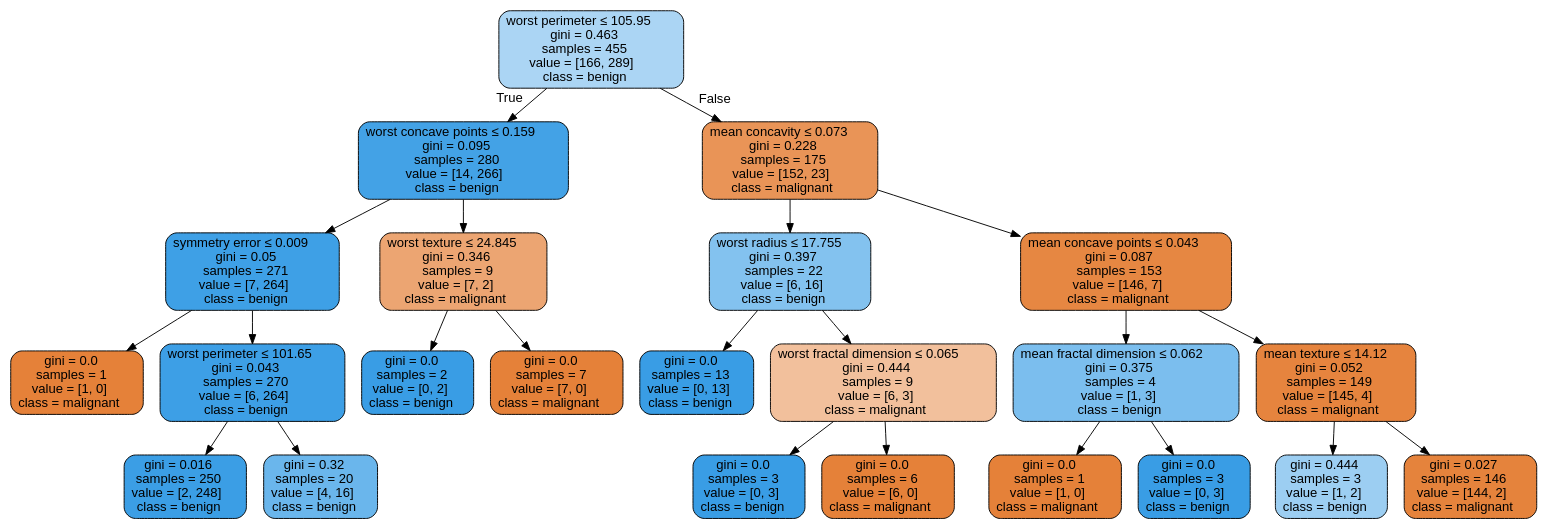
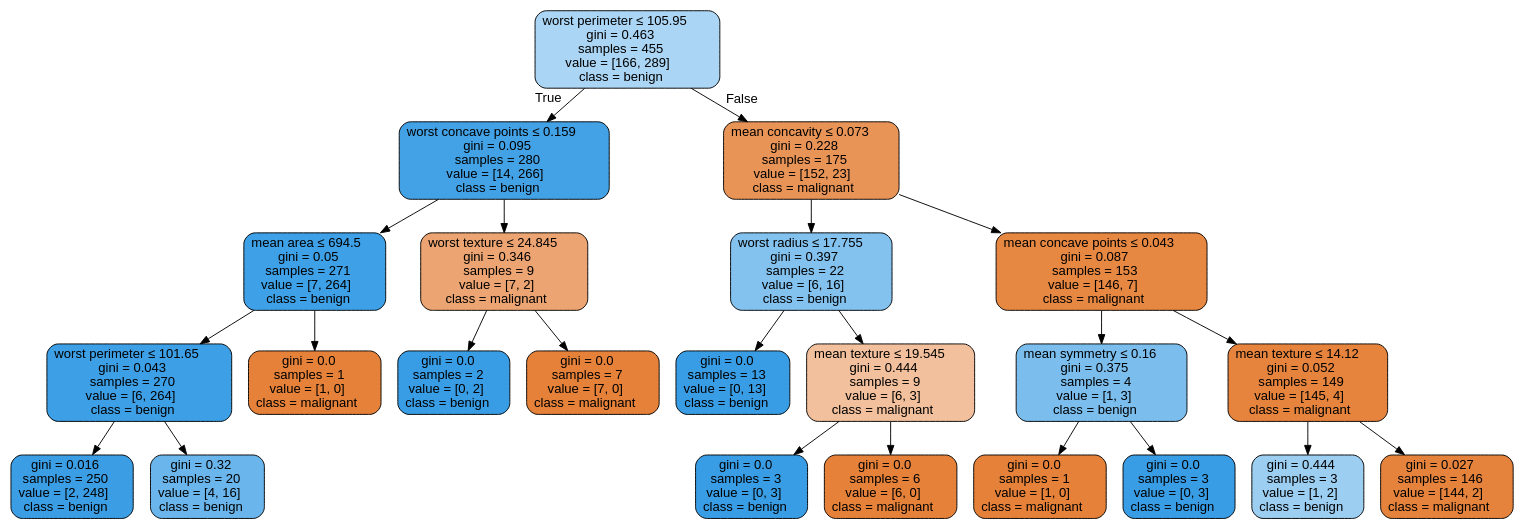
Before and after one commit to kshsky/PycharmProjects: the diagram in machinelearning/xgboost/dataFile/breastCancerTree.dot, drawn with Graphviz. The commit also changed 19 other files, not shown here.

```diff
--- a/machinelearning/xgboost/dataFile/breastCancerTree.dot
+++ b/machinelearning/xgboost/dataFile/breastCancerTree.dot
@@ -1,49 +1,49 @@
 digraph Tree {
 node [shape=box, style="filled, rounded", color="black", fontname=helvetica] ;
 edge [fontname=helvetica] ;
 0 [label=<worst perimeter &le; 105.95<br/>gini = 0.463<br/>samples = 455<br/>value = [166, 289]<br/>class = benign>, fillcolor="#abd5f4"] ;
 1 [label=<worst concave points &le; 0.159<br/>gini = 0.095<br/>samples = 280<br/>value = [14, 266]<br/>class = benign>, fillcolor="#43a2e6"] ;
 0 -> 1 [labeldistance=2.5, labelangle=45, headlabel="True"] ;
-2 [label=<symmetry error &le; 0.009<br/>gini = 0.05<br/>samples = 271<br/>value = [7, 264]<br/>class = benign>, fillcolor="#3ea0e6"] ;
+2 [label=<mean area &le; 694.5<br/>gini = 0.05<br/>samples = 271<br/>value = [7, 264]<br/>class = benign>, fillcolor="#3ea0e6"] ;
 1 -> 2 ;
-3 [label=<gini = 0.0<br/>samples = 1<br/>value = [1, 0]<br/>class = malignant>, fillcolor="#e58139"] ;
+3 [label=<worst perimeter &le; 101.65<br/>gini = 0.043<br/>samples = 270<br/>value = [6, 264]<br/>class = benign>, fillcolor="#3d9fe6"] ;
 2 -> 3 ;
-4 [label=<worst perimeter &le; 101.65<br/>gini = 0.043<br/>samples = 270<br/>value = [6, 264]<br/>class = benign>, fillcolor="#3d9fe6"] ;
-2 -> 4 ;
-5 [label=<gini = 0.016<br/>samples = 250<br/>value = [2, 248]<br/>class = benign>, fillcolor="#3b9ee5"] ;
-4 -> 5 ;
-6 [label=<gini = 0.32<br/>samples = 20<br/>value = [4, 16]<br/>class = benign>, fillcolor="#6ab6ec"] ;
-4 -> 6 ;
+4 [label=<gini = 0.016<br/>samples = 250<br/>value = [2, 248]<br/>class = benign>, fillcolor="#3b9ee5"] ;
+3 -> 4 ;
+5 [label=<gini = 0.32<br/>samples = 20<br/>value = [4, 16]<br/>class = benign>, fillcolor="#6ab6ec"] ;
+3 -> 5 ;
+6 [label=<gini = 0.0<br/>samples = 1<br/>value = [1, 0]<br/>class = malignant>, fillcolor="#e58139"] ;
+2 -> 6 ;
 7 [label=<worst texture &le; 24.845<br/>gini = 0.346<br/>samples = 9<br/>value = [7, 2]<br/>class = malignant>, fillcolor="#eca572"] ;
 1 -> 7 ;
 8 [label=<gini = 0.0<br/>samples = 2<br/>value = [0, 2]<br/>class = benign>, fillcolor="#399de5"] ;
 7 -> 8 ;
 9 [label=<gini = 0.0<br/>samples = 7<br/>value = [7, 0]<br/>class = malignant>, fillcolor="#e58139"] ;
 7 -> 9 ;
 10 [label=<mean concavity &le; 0.073<br/>gini = 0.228<br/>samples = 175<br/>value = [152, 23]<br/>class = malignant>, fillcolor="#e99457"] ;
 0 -> 10 [labeldistance=2.5, labelangle=-45, headlabel="False"] ;
 11 [label=<worst radius &le; 17.755<br/>gini = 0.397<br/>samples = 22<br/>value = [6, 16]<br/>class = benign>, fillcolor="#83c2ef"] ;
 10 -> 11 ;
 12 [label=<gini = 0.0<br/>samples = 13<br/>value = [0, 13]<br/>class = benign>, fillcolor="#399de5"] ;
 11 -> 12 ;
-13 [label=<worst fractal dimension &le; 0.065<br/>gini = 0.444<br/>samples = 9<br/>value = [6, 3]<br/>class = malignant>, fillcolor="#f2c09c"] ;
+13 [label=<mean texture &le; 19.545<br/>gini = 0.444<br/>samples = 9<br/>value = [6, 3]<br/>class = malignant>, fillcolor="#f2c09c"] ;
 11 -> 13 ;
 14 [label=<gini = 0.0<br/>samples = 3<br/>value = [0, 3]<br/>class = benign>, fillcolor="#399de5"] ;
 13 -> 14 ;
 15 [label=<gini = 0.0<br/>samples = 6<br/>value = [6, 0]<br/>class = malignant>, fillcolor="#e58139"] ;
 13 -> 15 ;
 16 [label=<mean concave points &le; 0.043<br/>gini = 0.087<br/>samples = 153<br/>value = [146, 7]<br/>class = malignant>, fillcolor="#e68742"] ;
 10 -> 16 ;
-17 [label=<mean fractal dimension &le; 0.062<br/>gini = 0.375<br/>samples = 4<br/>value = [1, 3]<br/>class = benign>, fillcolor="#7bbeee"] ;
+17 [label=<mean symmetry &le; 0.16<br/>gini = 0.375<br/>samples = 4<br/>value = [1, 3]<br/>class = benign>, fillcolor="#7bbeee"] ;
 16 -> 17 ;
 18 [label=<gini = 0.0<br/>samples = 1<br/>value = [1, 0]<br/>class = malignant>, fillcolor="#e58139"] ;
 17 -> 18 ;
 19 [label=<gini = 0.0<br/>samples = 3<br/>value = [0, 3]<br/>class = benign>, fillcolor="#399de5"] ;
 17 -> 19 ;
 20 [label=<mean texture &le; 14.12<br/>gini = 0.052<br/>samples = 149<br/>value = [145, 4]<br/>class = malignant>, fillcolor="#e6843e"] ;
 16 -> 20 ;
 21 [label=<gini = 0.444<br/>samples = 3<br/>value = [1, 2]<br/>class = benign>, fillcolor="#9ccef2"] ;
 20 -> 21 ;
 22 [label=<gini = 0.027<br/>samples = 146<br/>value = [144, 2]<br/>class = malignant>, fillcolor="#e5833c"] ;
 20 -> 22 ;
 }
```
